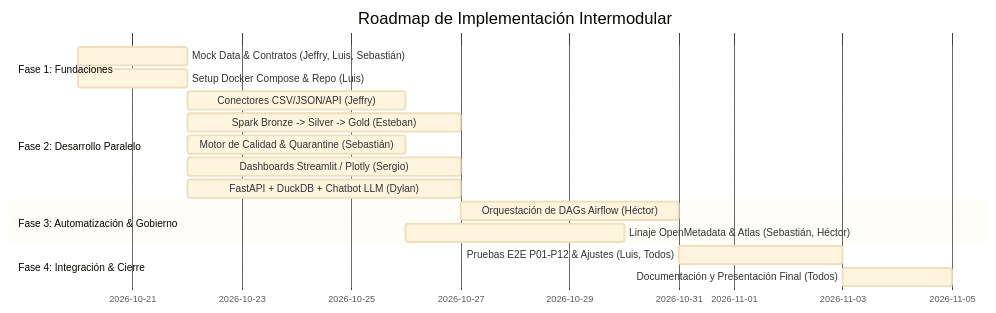
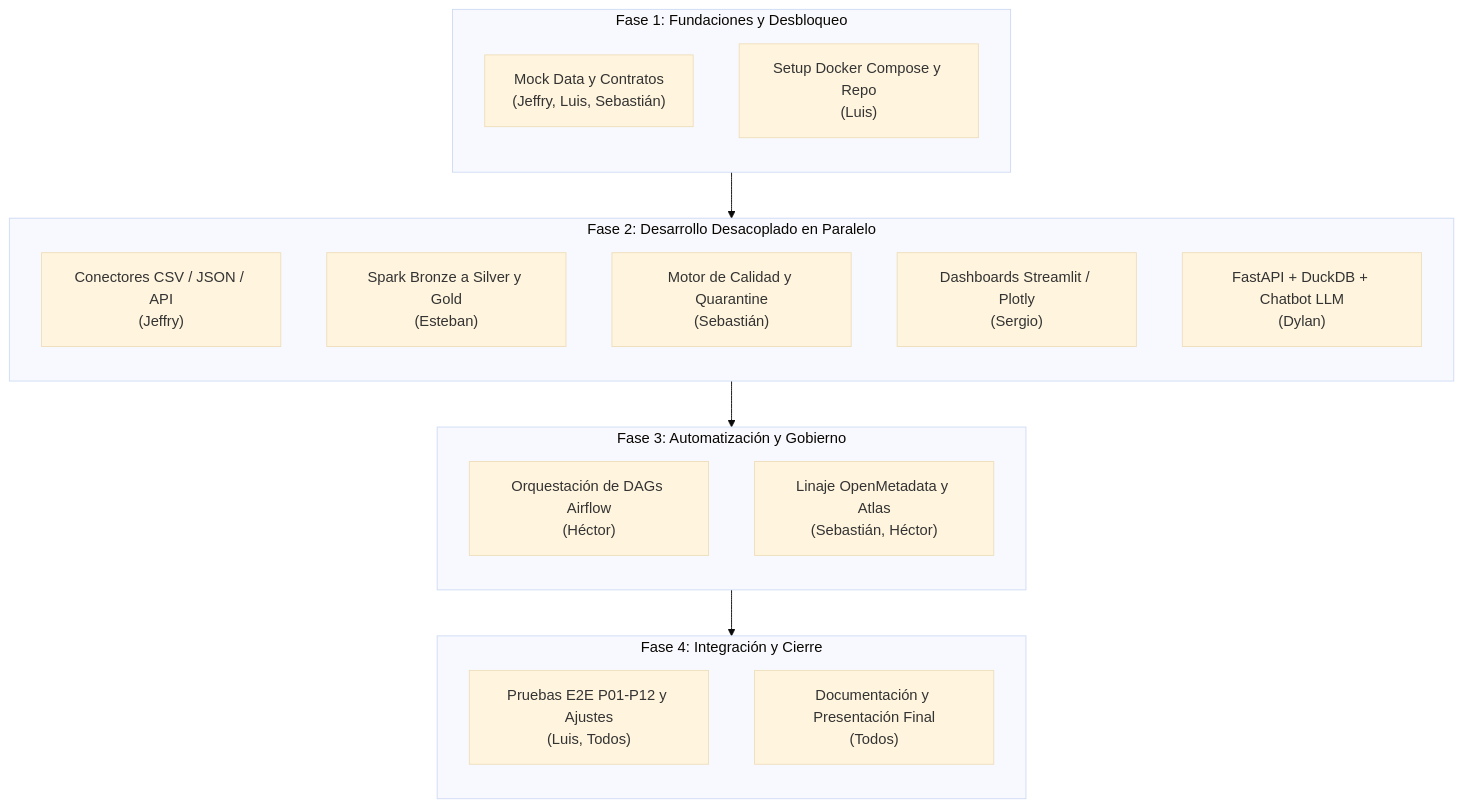
Before and after one commit to dypok/Pipeline-analitica: the second of 3 diagrams in documentation/historias-de-usuario.md, drawn with Mermaid (base theme). The commit also changed other lines of this file and 2 other files, not shown here.

Commit message:
docs: remove day-range temporal references and adopt milestone phases

````diff
--- a/documentation/historias-de-usuario.md
+++ b/documentation/historias-de-usuario.md
@@ -101,20 +101,33 @@
 ```mermaid
-gantt
-    title Roadmap de Implementación Intermodular
-    dateFormat  YYYY-MM-DD
-    section Fase 1: Fundaciones
-    Mock Data & Contratos (Jeffry, Luis, Sebastián) :p1, 2026-10-20, 2d
-    Setup Docker Compose & Repo (Luis)               :p2, 2026-10-20, 2d
-    section Fase 2: Desarrollo Paralelo
-    Conectores CSV/JSON/API (Jeffry)                :p3, after p1, 4d
-    Spark Bronze -> Silver -> Gold (Esteban)        :p4, after p1, 5d
-    Motor de Calidad & Quarantine (Sebastián)       :p5, after p1, 4d
-    Dashboards Streamlit / Plotly (Sergio)          :p6, after p1, 5d
-    FastAPI + DuckDB + Chatbot LLM (Dylan)          :p7, after p1, 5d
-    section Fase 3: Automatización & Gobierno
-    Orquestación de DAGs Airflow (Héctor)           :p8, after p4, 4d
-    Linaje OpenMetadata & Atlas (Sebastián, Héctor) :p9, after p5, 4d
-    section Fase 4: Integración & Cierre
-    Pruebas E2E P01-P12 & Ajustes (Luis, Todos)     :p10, after p8, 3d
-    Documentación y Presentación Final (Todos)      :p11, after p10, 2d
+flowchart TD
+    subgraph F1["Fase 1: Fundaciones y Desbloqueo"]
+        direction TB
+        MOCK["Mock Data y Contratos\n(Jeffry, Luis, Sebastián)"]
+        ENV["Setup Docker Compose y Repo\n(Luis)"]
+    end
+
+    subgraph F2["Fase 2: Desarrollo Desacoplado en Paralelo"]
+        direction TB
+        CON["Conectores CSV / JSON / API\n(Jeffry)"]
+        SPK["Spark Bronze a Silver y Gold\n(Esteban)"]
+        QUA["Motor de Calidad y Quarantine\n(Sebastián)"]
+        DSH["Dashboards Streamlit / Plotly\n(Sergio)"]
+        CHT["FastAPI + DuckDB + Chatbot LLM\n(Dylan)"]
+    end
+
+    subgraph F3["Fase 3: Automatización y Gobierno"]
+        direction TB
+        AIR["Orquestación de DAGs Airflow\n(Héctor)"]
+        GOV["Linaje OpenMetadata y Atlas\n(Sebastián, Héctor)"]
+    end
+
+    subgraph F4["Fase 4: Integración y Cierre"]
+        direction TB
+        E2E["Pruebas E2E P01-P12 y Ajustes\n(Luis, Todos)"]
+        DOC["Documentación y Presentación Final\n(Todos)"]
+    end
+
+    F1 --> F2
+    F2 --> F3
+    F3 --> F4
 ```
````
